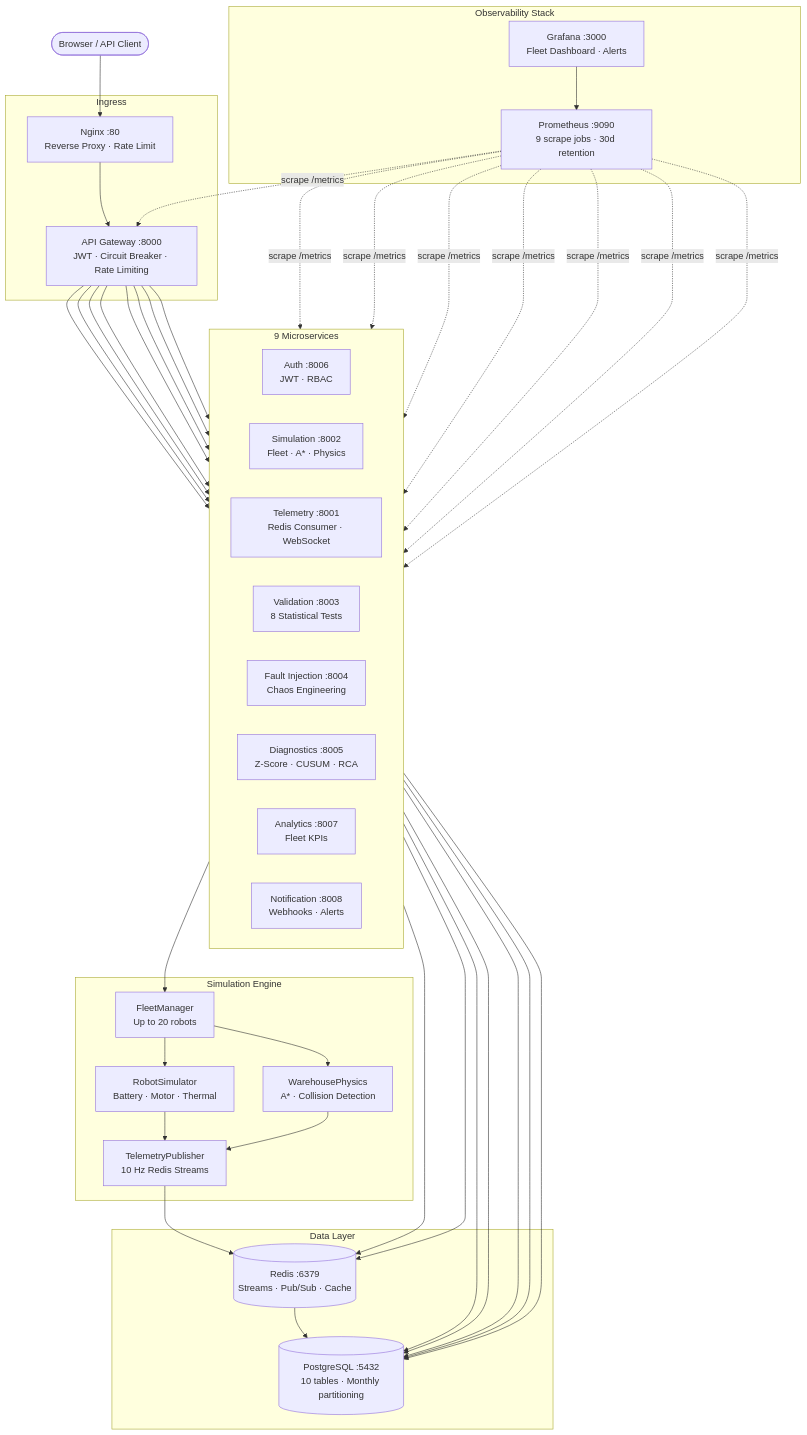
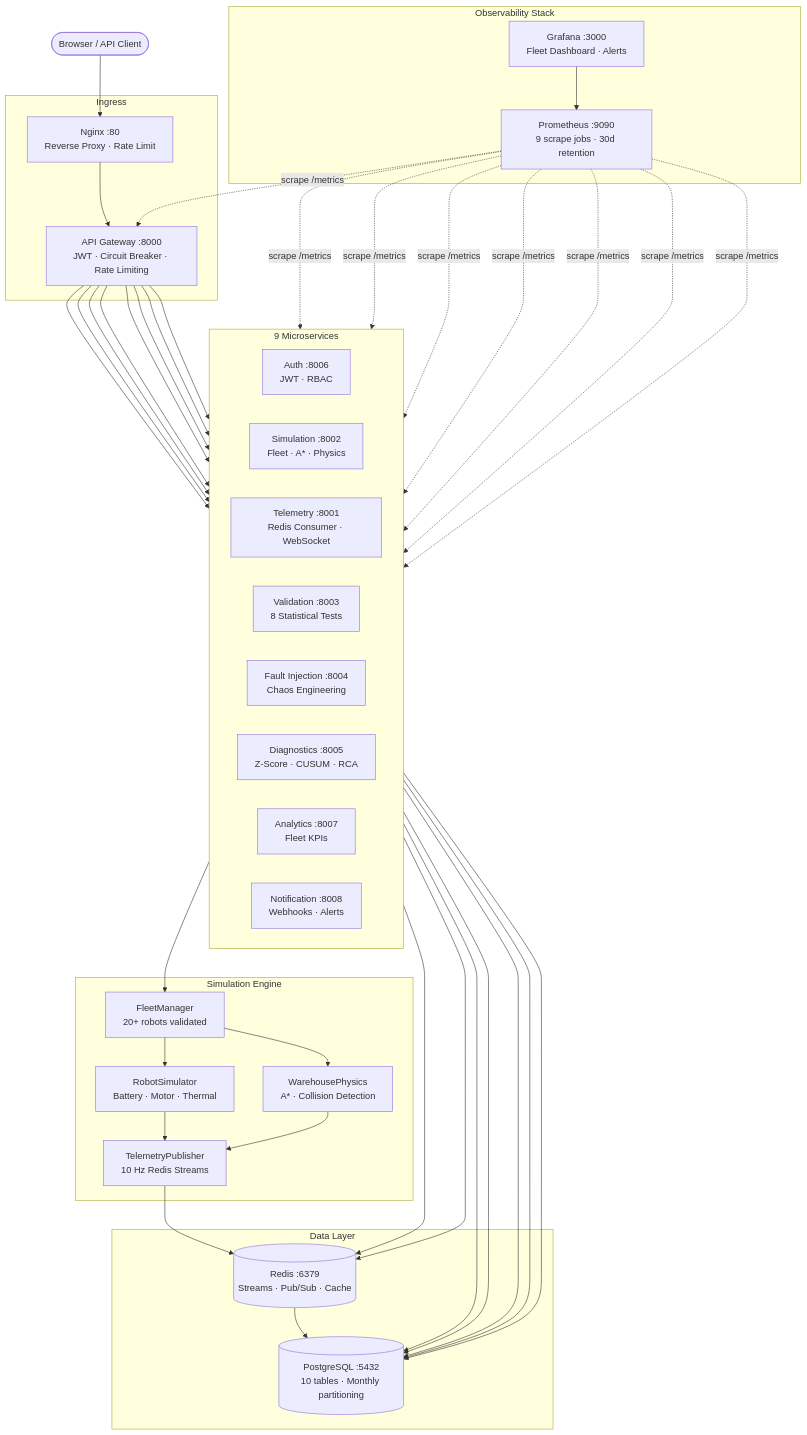
The first of 3 diagrams in README.md (Niyati001/AutoRobo-Test-Platform), drawn with Mermaid before and after one commit. The commit also changed other lines of this file, not shown here.

````diff
--- a/README.md
+++ b/README.md
@@ -106,47 +106,47 @@
 ```mermaid
 graph TB
     CLIENT(["Browser / API Client"])
 
     subgraph INGRESS["Ingress"]
         NGINX["Nginx :80\nReverse Proxy · Rate Limit"]
         GW["API Gateway :8000\nJWT · Circuit Breaker · Rate Limiting"]
     end
 
     subgraph SERVICES["9 Microservices"]
         direction LR
         AUTH["Auth :8006\nJWT · RBAC"]
         SIM["Simulation :8002\nFleet · A* · Physics"]
         TEL["Telemetry :8001\nRedis Consumer · WebSocket"]
         VAL["Validation :8003\n8 Statistical Tests"]
         FI["Fault Injection :8004\nChaos Engineering"]
         DIAG["Diagnostics :8005\nZ-Score · CUSUM · RCA"]
         ANA["Analytics :8007\nFleet KPIs"]
         NOTIF["Notification :8008\nWebhooks · Alerts"]
     end
 
     subgraph ROBOTICS["Simulation Engine"]
-        FM["FleetManager\nUp to 20 robots"]
+        FM["FleetManager\n20+ robots validated"]
         RS["RobotSimulator\nBattery · Motor · Thermal"]
         WP["WarehousePhysics\nA* · Collision Detection"]
         TP["TelemetryPublisher\n10 Hz Redis Streams"]
     end
 
     subgraph DATA["Data Layer"]
         REDIS[("Redis :6379\nStreams · Pub/Sub · Cache")]
         PG[("PostgreSQL :5432\n10 tables · Monthly partitioning")]
     end
 
     subgraph OBS["Observability Stack"]
         PROM["Prometheus :9090\n9 scrape jobs · 30d retention"]
         GRAF["Grafana :3000\nFleet Dashboard · Alerts"]
     end
 
     CLIENT --> NGINX --> GW
     GW --> AUTH & SIM & TEL & VAL & FI & DIAG & ANA & NOTIF
     SIM --> FM --> RS & WP --> TP --> REDIS
     TEL --> REDIS --> PG
     AUTH & VAL & FI & DIAG & ANA --> PG
     NOTIF --> REDIS
     PROM -.->|scrape /metrics| GW & SIM & TEL & VAL & FI & DIAG & ANA & NOTIF
     GRAF --> PROM
 ```
````
